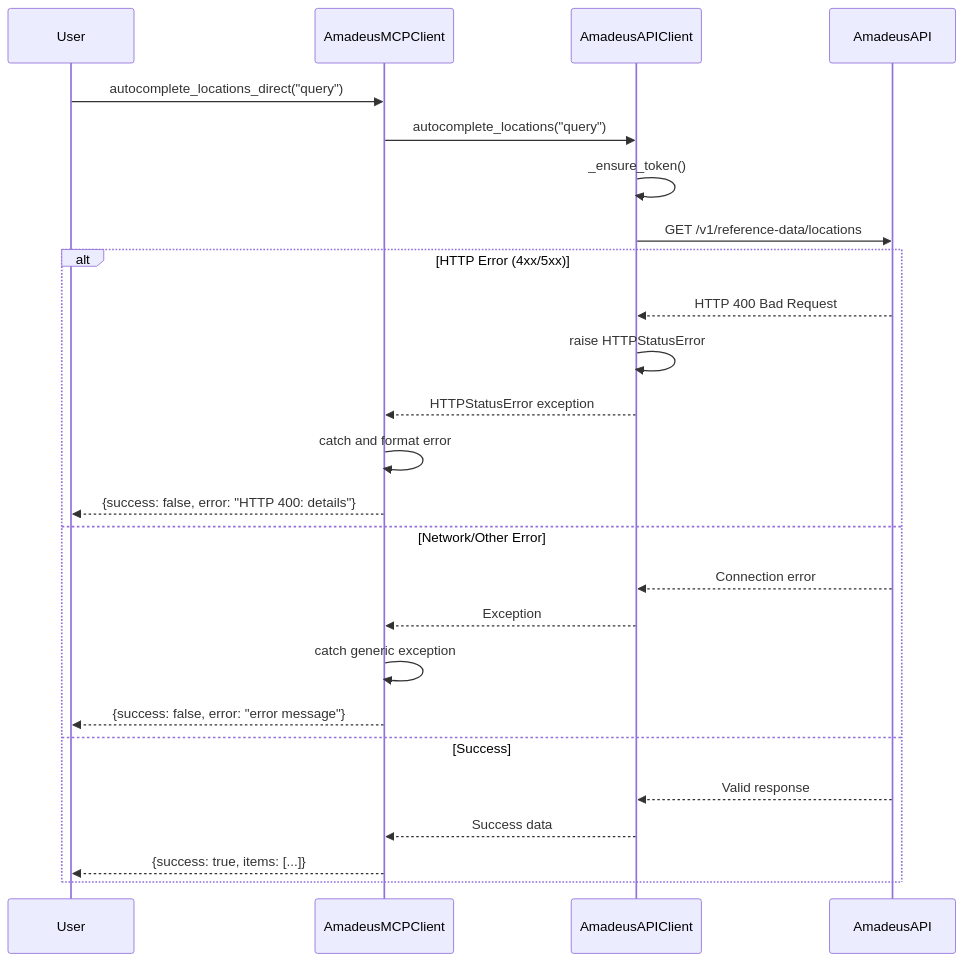
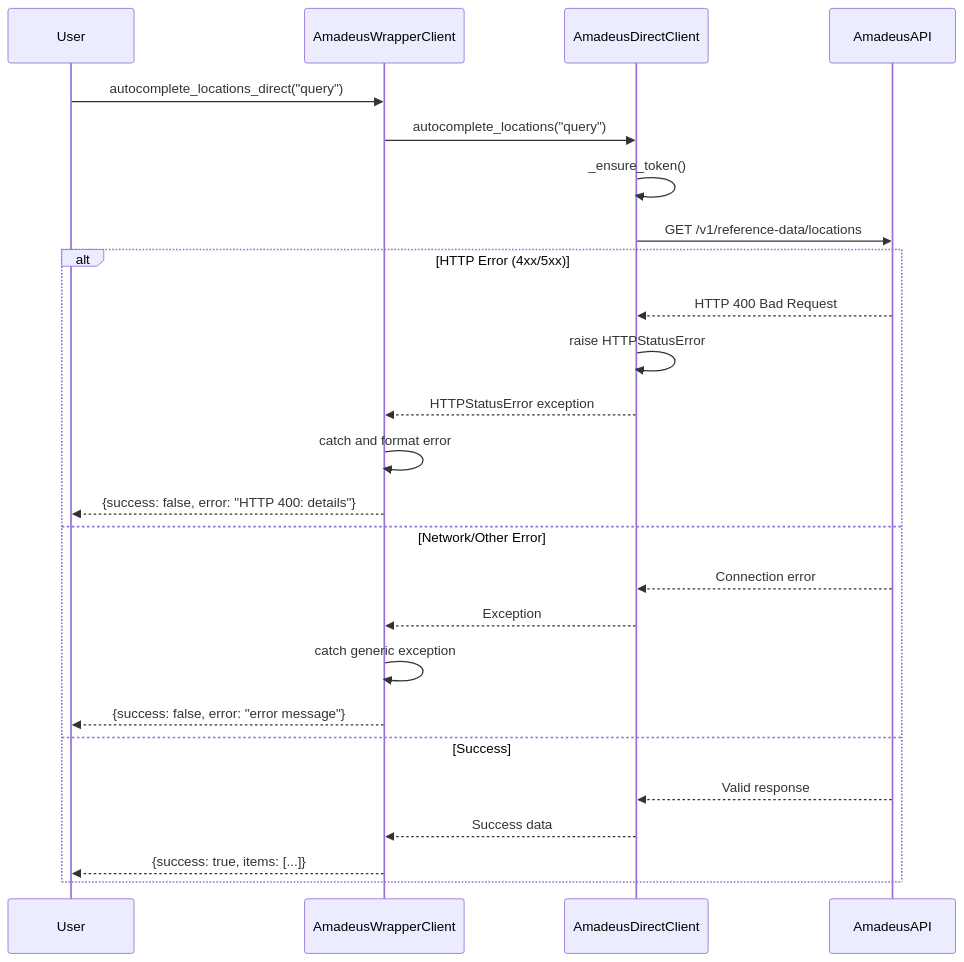
Before and after one commit to jtuchinsky/LangGraph-Sandbox: the seventh of 7 diagrams in docs/amadeus_sequence_diagram.md, drawn with Mermaid. The commit also changed other lines of this file and 2 other files, not shown here.

First line of the commit message:
Update Amadeus documentation to reflect refactored architecture

````diff
--- a/docs/amadeus_sequence_diagram.md
+++ b/docs/amadeus_sequence_diagram.md
@@ -162,29 +241,29 @@
 ```mermaid
 sequenceDiagram
     participant User
-    participant AmadeusMCPClient
-    participant AmadeusAPIClient
+    participant AmadeusWrapperClient
+    participant AmadeusDirectClient
     participant AmadeusAPI
 
-    User->>AmadeusMCPClient: autocomplete_locations_direct("query")
-    AmadeusMCPClient->>AmadeusAPIClient: autocomplete_locations("query")
-    AmadeusAPIClient->>AmadeusAPIClient: _ensure_token()
-    AmadeusAPIClient->>AmadeusAPI: GET /v1/reference-data/locations
+    User->>AmadeusWrapperClient: autocomplete_locations_direct("query")
+    AmadeusWrapperClient->>AmadeusDirectClient: autocomplete_locations("query")
+    AmadeusDirectClient->>AmadeusDirectClient: _ensure_token()
+    AmadeusDirectClient->>AmadeusAPI: GET /v1/reference-data/locations
     
     alt HTTP Error (4xx/5xx)
-        AmadeusAPI-->>AmadeusAPIClient: HTTP 400 Bad Request
-        AmadeusAPIClient->>AmadeusAPIClient: raise HTTPStatusError
-        AmadeusAPIClient-->>AmadeusMCPClient: HTTPStatusError exception
-        AmadeusMCPClient->>AmadeusMCPClient: catch and format error
-        AmadeusMCPClient-->>User: {success: false, error: "HTTP 400: details"}
+        AmadeusAPI-->>AmadeusDirectClient: HTTP 400 Bad Request
+        AmadeusDirectClient->>AmadeusDirectClient: raise HTTPStatusError
+        AmadeusDirectClient-->>AmadeusWrapperClient: HTTPStatusError exception
+        AmadeusWrapperClient->>AmadeusWrapperClient: catch and format error
+        AmadeusWrapperClient-->>User: {success: false, error: "HTTP 400: details"}
     else Network/Other Error
-        AmadeusAPI-->>AmadeusAPIClient: Connection error
-        AmadeusAPIClient-->>AmadeusMCPClient: Exception
-        AmadeusMCPClient->>AmadeusMCPClient: catch generic exception
-        AmadeusMCPClient-->>User: {success: false, error: "error message"}
+        AmadeusAPI-->>AmadeusDirectClient: Connection error
+        AmadeusDirectClient-->>AmadeusWrapperClient: Exception
+        AmadeusWrapperClient->>AmadeusWrapperClient: catch generic exception
+        AmadeusWrapperClient-->>User: {success: false, error: "error message"}
     else Success
-        AmadeusAPI-->>AmadeusAPIClient: Valid response
-        AmadeusAPIClient-->>AmadeusMCPClient: Success data
-        AmadeusMCPClient-->>User: {success: true, items: [...]}
+        AmadeusAPI-->>AmadeusDirectClient: Valid response
+        AmadeusDirectClient-->>AmadeusWrapperClient: Success data
+        AmadeusWrapperClient-->>User: {success: true, items: [...]}
     end
 ```
````
